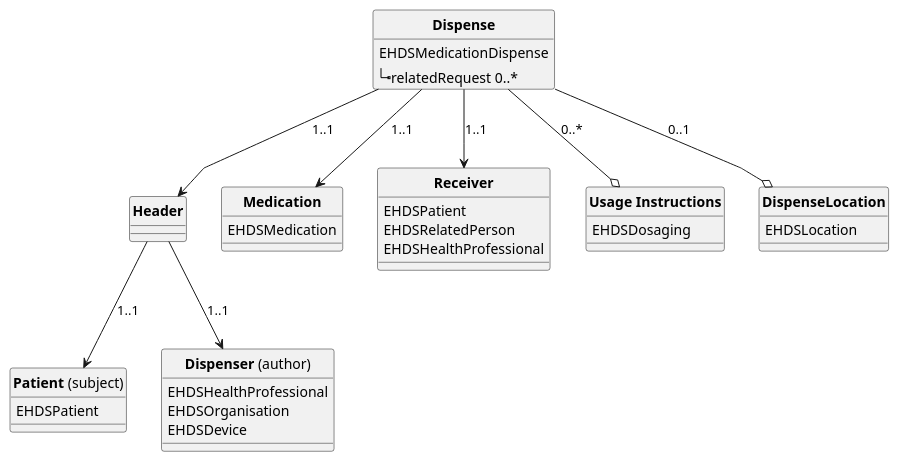
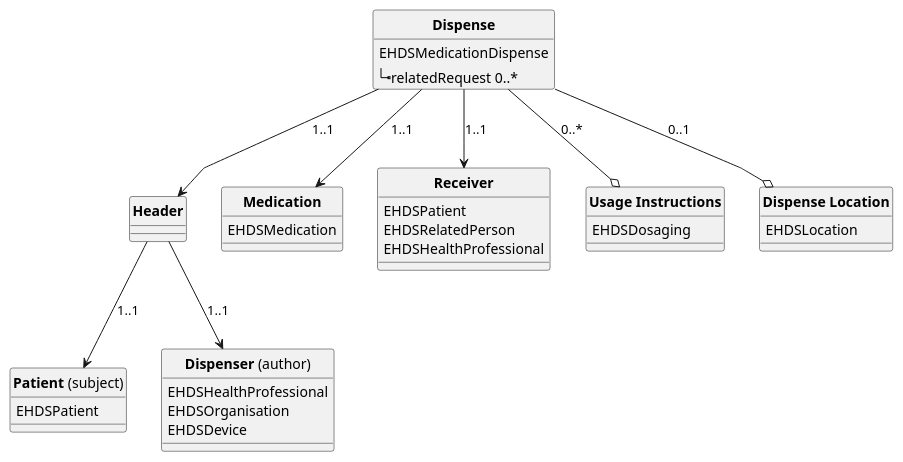
The diagram in input/images-source/dispense.plantuml (Xt-EHR/xt-ehr-common), drawn with PlantUML before and after one commit. The commit also changed 4 other files, not shown here.

```diff
--- a/input/images-source/dispense.plantuml
+++ b/input/images-source/dispense.plantuml
@@ -1,57 +1,57 @@
 @startuml
 skinparam linetype polyline
 hide circle
 hide stereotype
 
 
 class "**Dispense**" as eD{
   EHDSMedicationDispense
   |_relatedRequest 0..*  
 }
 
 
 eD --> Header: "1..1"
 eD --> Medication: "1..1"
 eD --> Receiver: "1..1"
 eD --o Dosage: "0..*"
 eD --o Location: "0..1"
 
 class "**Header**" as Header{
 
 }
 
 Header --> Patient: "1..1"
 Header --> Dispenser: "1..1"
 
 
 class "**Dispenser** (author)" as Dispenser{
   EHDSHealthProfessional   
   EHDSOrganisation
   EHDSDevice
 }
 
 class "**Patient** (subject)" as Patient{
   EHDSPatient   
 
 }
 
 class "**Receiver**" as Receiver{ 
   EHDSPatient
   EHDSRelatedPerson
   EHDSHealthProfessional
 }
 
-class "**DispenseLocation**" as Location{
+class "**Dispense Location**" as Location{
   EHDSLocation   
 
 }
 class "**Usage Instructions**" as Dosage{
   EHDSDosaging   
  
 }
 
 class "**Medication**" as Medication{
   EHDSMedication
  
 }
 @enduml
```
